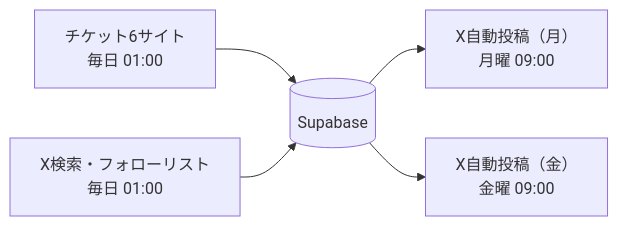
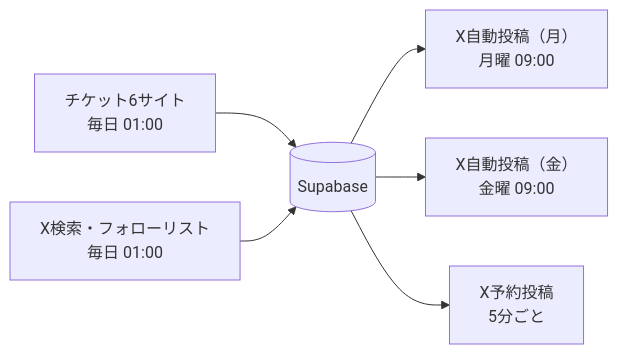
Before and after one commit to katarue/minstrel: the diagram in docs/operations.md, drawn with Mermaid. The commit also changed other lines of this file and 1 other file, not shown here.

Commit message:
fix: gen_operations_doc が */5 形式の cron に対応・post_scheduled_flow を追加

````diff
--- a/docs/operations.md
+++ b/docs/operations.md
@@ -108,12 +109,14 @@
 ```mermaid
 flowchart LR
     DB[(Supabase)]
     collectflow["チケット6サイト
 毎日 01:00"] --> DB
     collectxflow["X検索・フォローリスト
 毎日 01:00"] --> DB
     DB --> postmondayflow["X自動投稿（月）
 月曜 09:00"]
     DB --> postfridayflow["X自動投稿（金）
 金曜 09:00"]
+    DB --> postscheduledflow["X予約投稿
+5分ごと "]
 ```
````
